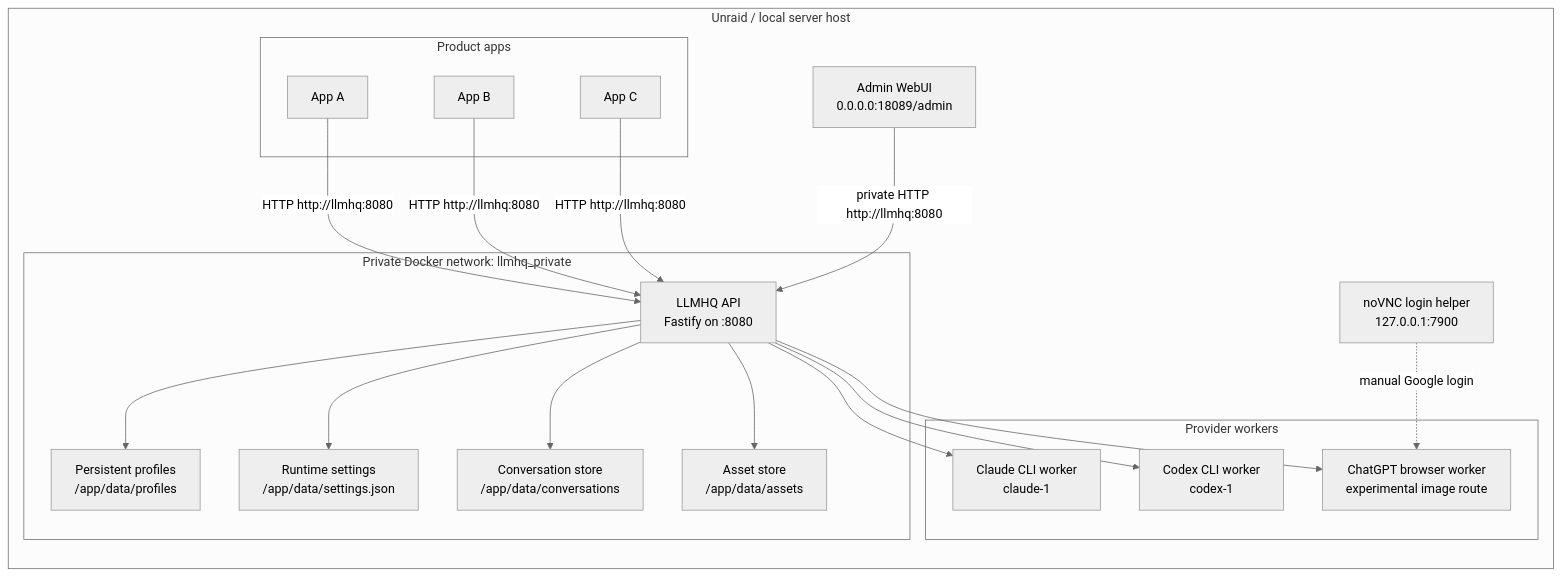
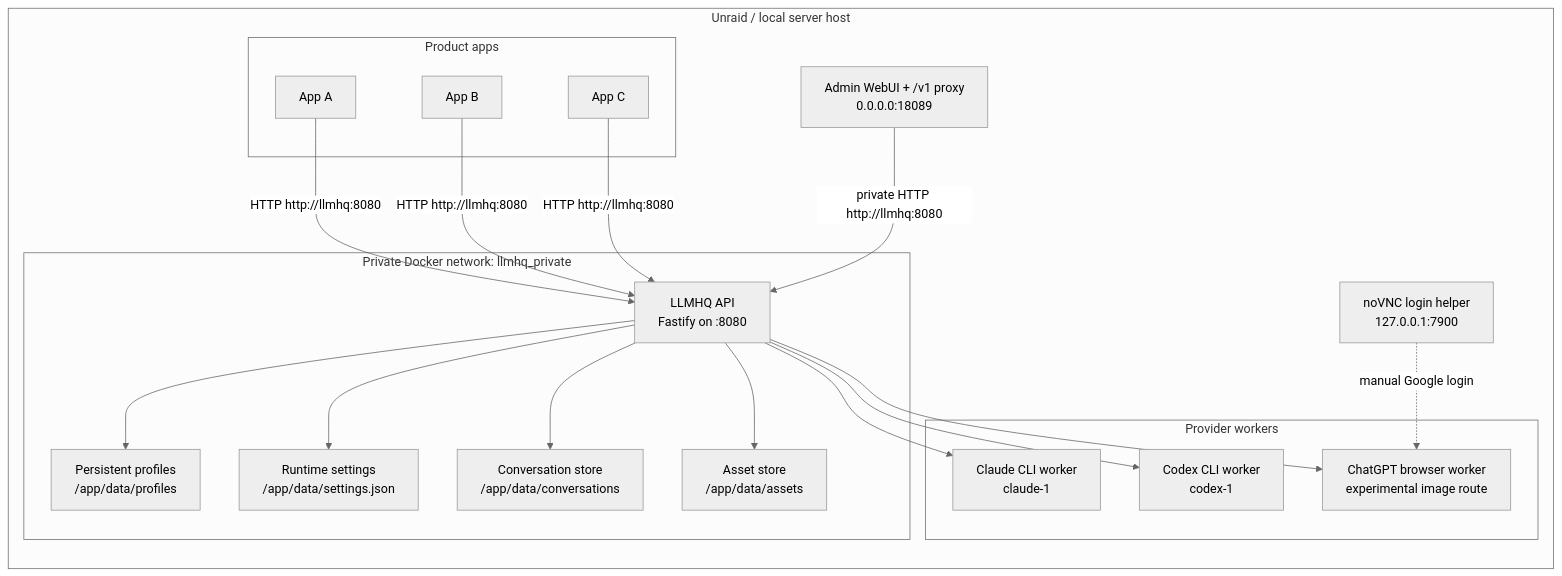
The first of 3 diagrams in planning/technical-architecture.md (rester159/LLMHQ), drawn with Mermaid (neutral theme) before and after one commit. The commit also changed other lines of this file and 6 other files, not shown here.

````diff
--- a/planning/technical-architecture.md
+++ b/planning/technical-architecture.md
@@ -11,42 +11,42 @@
 ```mermaid
 flowchart LR
   subgraph Host["Unraid / local server host"]
     subgraph Apps["Product apps"]
       AppA["App A"]
       AppB["App B"]
       AppC["App C"]
     end
 
     subgraph DockerNet["Private Docker network: llmhq_private"]
       LLMHQ["LLMHQ API\nFastify on :8080"]
       Profiles["Persistent profiles\n/app/data/profiles"]
       Settings["Runtime settings\n/app/data/settings.json"]
       Conversations["Conversation store\n/app/data/conversations"]
       Assets["Asset store\n/app/data/assets"]
     end
 
-    WebUI["Admin WebUI\n0.0.0.0:18089/admin"]
+    WebUI["Admin WebUI + /v1 proxy\n0.0.0.0:18089"]
 
     subgraph Workers["Provider workers"]
       Claude["Claude CLI worker\nclaude-1"]
       Codex["Codex CLI worker\ncodex-1"]
       ChatGPT["ChatGPT browser worker\nexperimental image route"]
     end
 
     NoVNC["noVNC login helper\n127.0.0.1:7900"]
   end
 
   AppA -->|"HTTP http://llmhq:8080"| LLMHQ
   AppB -->|"HTTP http://llmhq:8080"| LLMHQ
   AppC -->|"HTTP http://llmhq:8080"| LLMHQ
 
   LLMHQ --> Profiles
   LLMHQ --> Settings
   LLMHQ --> Conversations
   LLMHQ --> Assets
   WebUI -->|"private HTTP http://llmhq:8080"| LLMHQ
   LLMHQ --> Claude
   LLMHQ --> Codex
   LLMHQ --> ChatGPT
   NoVNC -. "manual Google login" .-> ChatGPT
 ```
````
